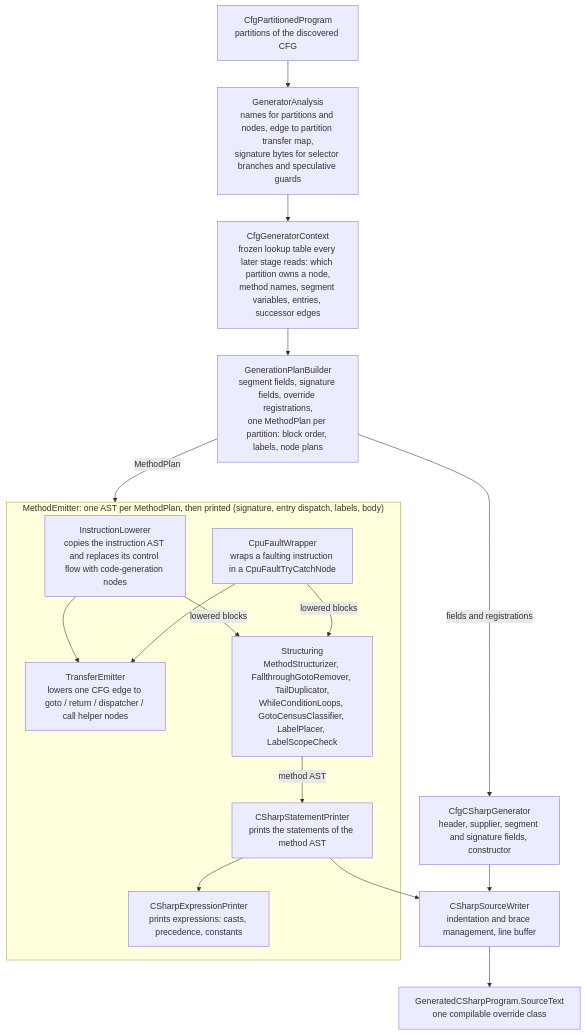
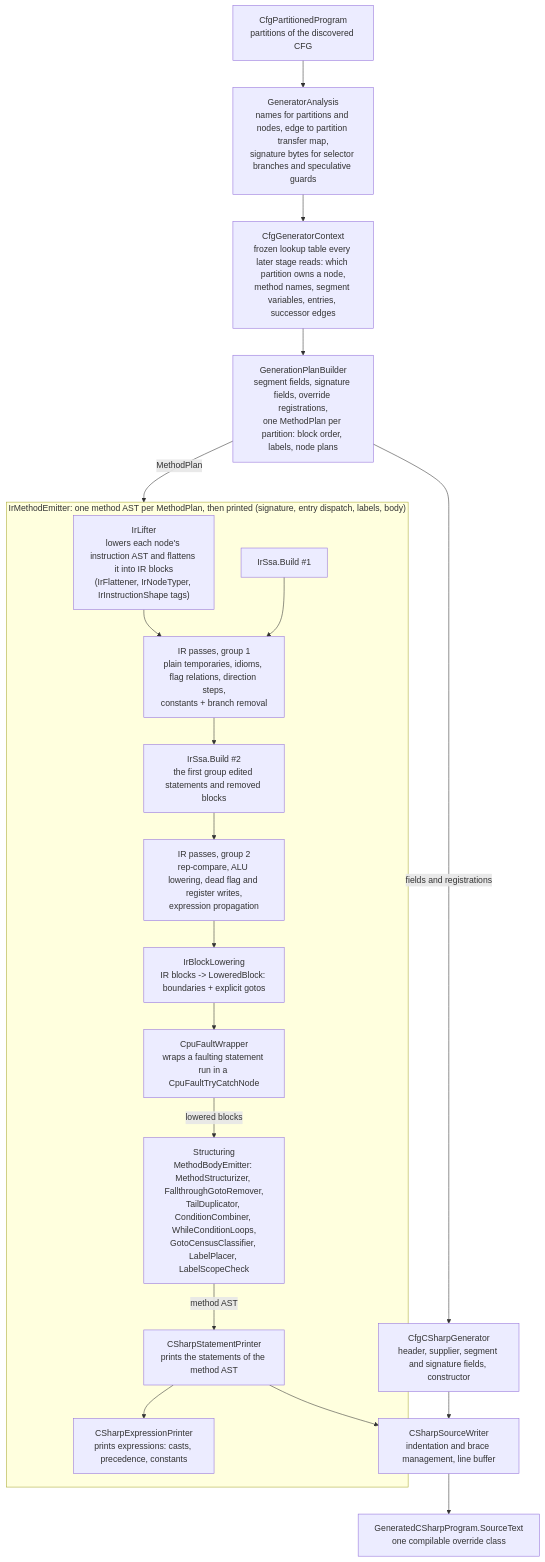
One commit to OpenRakis/Spice86 changed the diagram in doc/codeGeneratorReadme.md. Above: the diagram before and after it, drawn with Mermaid. The commit also changed other lines of this file and 641 other files, not shown here.

````diff
--- a/doc/codeGeneratorReadme.md
+++ b/doc/codeGeneratorReadme.md
@@ -13,35 +13,42 @@
 ```mermaid
 flowchart TD
     program["CfgPartitionedProgram<br/>partitions of the discovered CFG"]
     analysis["GeneratorAnalysis<br/>names for partitions and nodes, edge to partition transfer map,<br/>signature bytes for selector branches and speculative guards"]
     context["CfgGeneratorContext<br/>frozen lookup table every later stage reads: which partition owns a node,<br/>method names, segment variables, entries, successor edges"]
     planBuilder["GenerationPlanBuilder<br/>segment fields, signature fields, override registrations,<br/>one MethodPlan per partition: block order, labels, node plans"]
     classParts["CfgCSharpGenerator<br/>header, supplier, segment and signature fields, constructor"]
 
-    subgraph methodEmitter["MethodEmitter: one AST per MethodPlan, then printed (signature, entry dispatch, labels, body)"]
-        lowerer["InstructionLowerer<br/>copies the instruction AST and replaces its control flow with code-generation nodes"]
-        faultWrapper["CpuFaultWrapper<br/>wraps a faulting instruction in a CpuFaultTryCatchNode"]
-        transfer["TransferEmitter<br/>lowers one CFG edge to goto / return / dispatcher / call helper nodes"]
-        structuring["Structuring<br/>MethodStructurizer, FallthroughGotoRemover, TailDuplicator,<br/>WhileConditionLoops, GotoCensusClassifier, LabelPlacer, LabelScopeCheck"]
+    subgraph methodEmitter["IrMethodEmitter: one method AST per MethodPlan, then printed (signature, entry dispatch, labels, body)"]
+        lifter["IrLifter<br/>lowers each node's instruction AST and flattens it into IR blocks<br/>(IrFlattener, IrNodeTyper, IrInstructionShape tags)"]
+        group1["IR passes, group 1<br/>plain temporaries, idioms, flag relations, direction steps,<br/>constants + branch removal"]
+        ssa1["IrSsa.Build #1"]
+        rebuild["IrSsa.Build #2<br/>the first group edited statements and removed blocks"]
+        group2["IR passes, group 2<br/>rep-compare, ALU lowering, dead flag and register writes,<br/>expression propagation"]
+        lowering["IrBlockLowering<br/>IR blocks -> LoweredBlock: boundaries + explicit gotos"]
+        faultWrapper["CpuFaultWrapper<br/>wraps a faulting statement run in a CpuFaultTryCatchNode"]
+        structuring["Structuring<br/>MethodBodyEmitter: MethodStructurizer, FallthroughGotoRemover,<br/>TailDuplicator, ConditionCombiner, WhileConditionLoops,<br/>GotoCensusClassifier, LabelPlacer, LabelScopeCheck"]
         statementPrinter["CSharpStatementPrinter<br/>prints the statements of the method AST"]
         expressionPrinter["CSharpExpressionPrinter<br/>prints expressions: casts, precedence, constants"]
-        lowerer --> transfer
-        faultWrapper --> transfer
-        lowerer -- "lowered blocks" --> structuring
+        lifter --> group1
+        ssa1 --> group1
+        group1 --> rebuild
+        rebuild --> group2
+        group2 --> lowering
+        lowering --> faultWrapper
         faultWrapper -- "lowered blocks" --> structuring
         structuring -- "method AST" --> statementPrinter
         statementPrinter --> expressionPrinter
     end
 
     writer["CSharpSourceWriter<br/>indentation and brace management, line buffer"]
     output["GeneratedCSharpProgram.SourceText<br/>one compilable override class"]
 
     program --> analysis
     analysis --> context
     context --> planBuilder
     planBuilder -- "fields and registrations" --> classParts
     planBuilder -- "MethodPlan" --> methodEmitter
     classParts --> writer
     statementPrinter --> writer
     writer --> output
 ```
````
